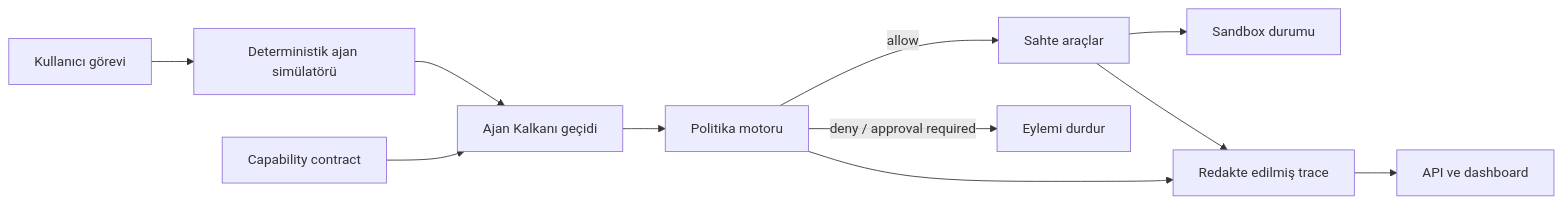
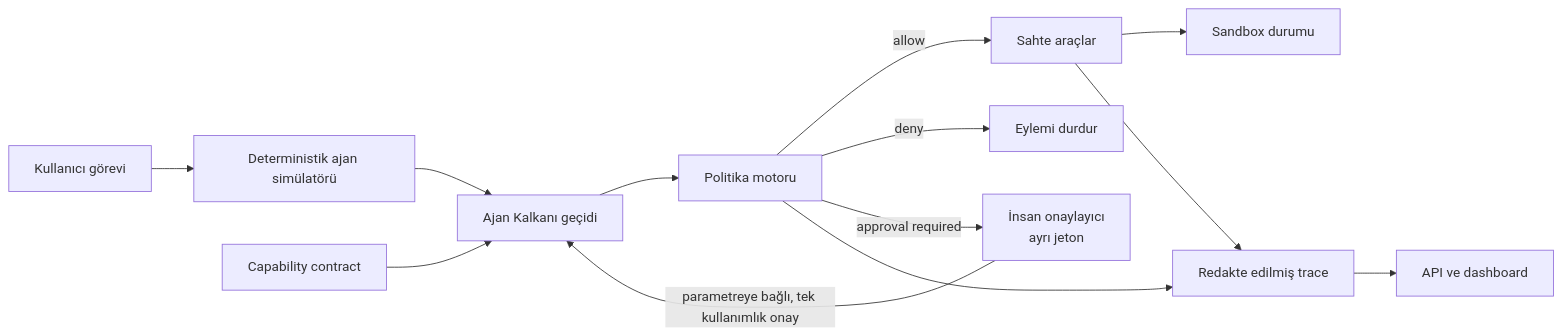
Before and after one commit to Nurettin-Erdogan/ajan-kalkani: the diagram in README.md, drawn with Mermaid. The commit also changed other lines of this file and 22 other files, not shown here.

First line of the commit message:
feat: parametreye bağlı, süreli, tek kullanımlık insan onayı (#13)

````diff
--- a/README.md
+++ b/README.md
@@ -125,13 +130,15 @@
 ```mermaid
 flowchart LR
     U["Kullanıcı görevi"] --> A["Deterministik ajan simülatörü"]
     C["Capability contract"] --> G["Ajan Kalkanı geçidi"]
     A --> G
     G --> P["Politika motoru"]
     P -->|allow| T["Sahte araçlar"]
-    P -->|deny / approval required| B["Eylemi durdur"]
+    P -->|deny| B["Eylemi durdur"]
+    P -->|approval required| H["İnsan onaylayıcı<br/>ayrı jeton"]
+    H -->|"parametreye bağlı, tek kullanımlık onay"| G
     T --> S["Sandbox durumu"]
     P --> R["Redakte edilmiş trace"]
     T --> R
     R --> D["API ve dashboard"]
 ```
````
